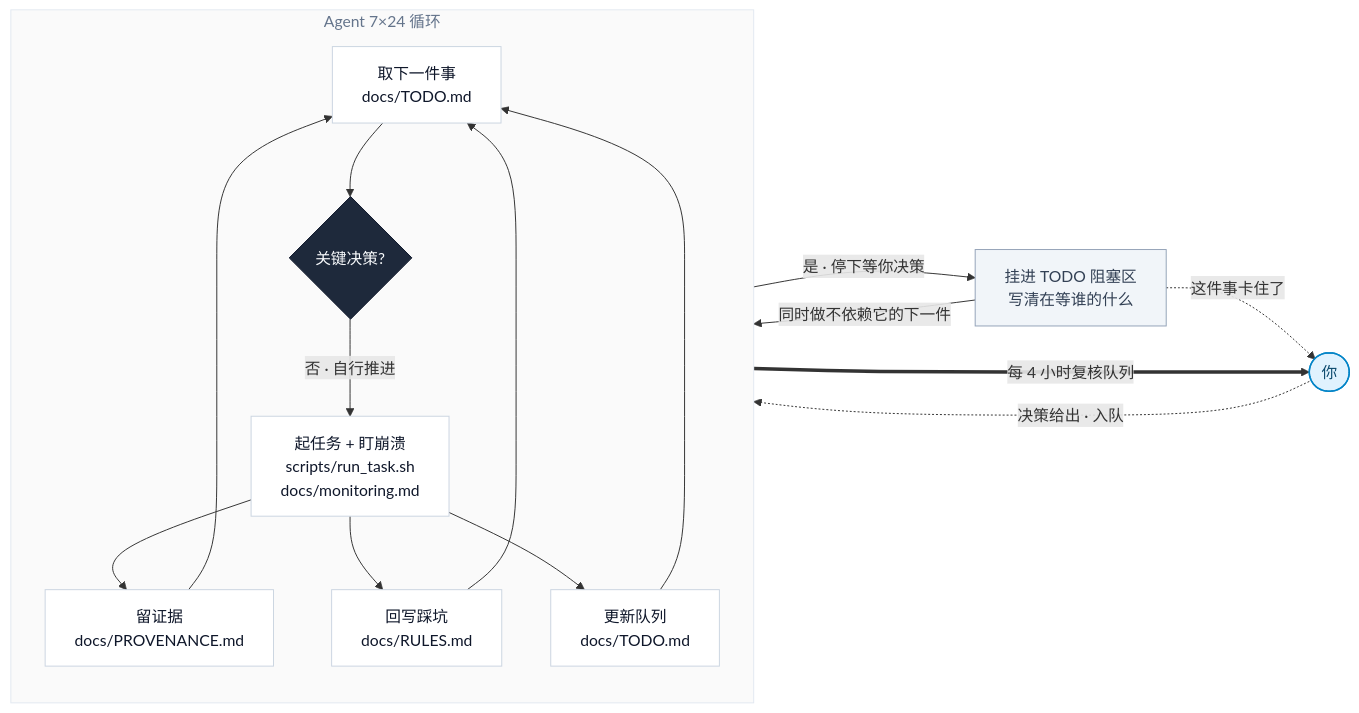
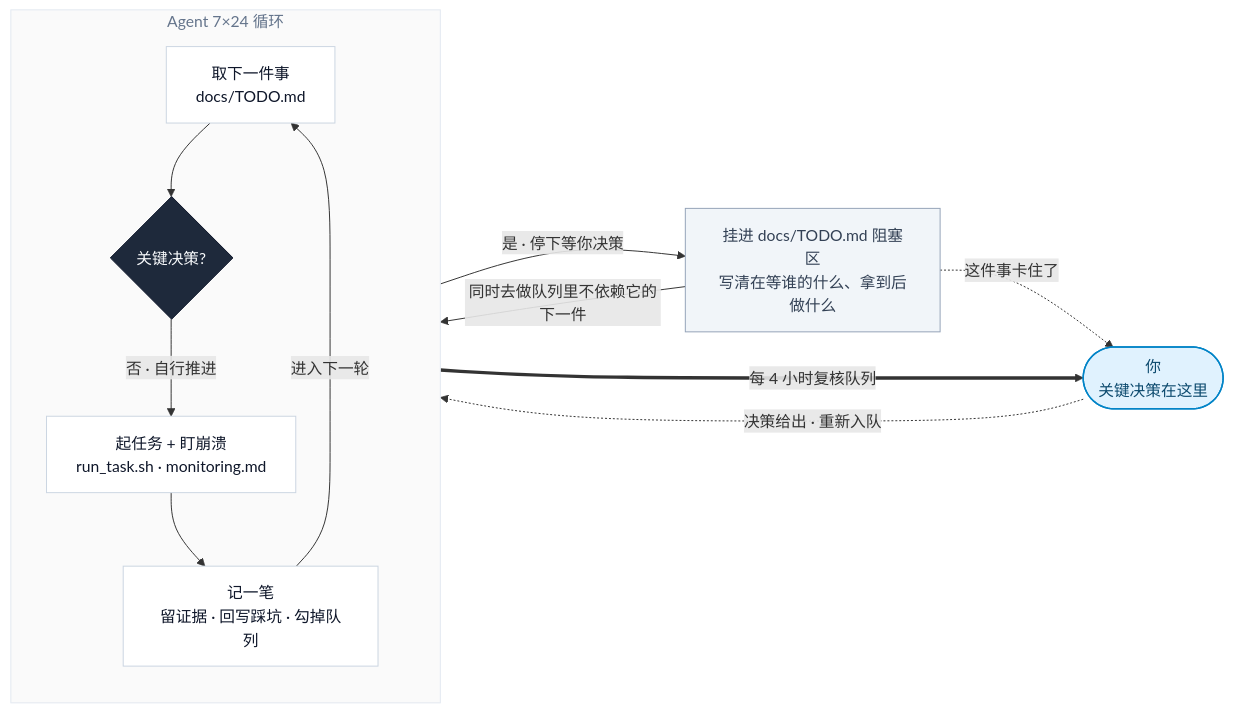
One commit to hashiruu/agent-experiment changed the diagram in README.md. Above: the diagram before and after it, drawn with Mermaid. The commit also changed 1 other file, not shown here.

Commit message:
Make the loop read as a loop, keep the human side close

````diff
--- a/README.md
+++ b/README.md
@@ -23,35 +23,29 @@
 ```mermaid
 flowchart LR
     subgraph LOOP["Agent 7×24 循环"]
         direction TB
         T1["取下一件事<br/>docs/TODO.md"]
         D{"关键决策?"}
-        T2["起任务 + 盯崩溃<br/>scripts/run_task.sh<br/>docs/monitoring.md"]
-        PV["留证据<br/>docs/PROVENANCE.md"]
-        RL["回写踩坑<br/>docs/RULES.md"]
-        TD["更新队列<br/>docs/TODO.md"]
+        T2["起任务 + 盯崩溃<br/>run_task.sh · monitoring.md"]
+        T3["记一笔<br/>留证据 · 回写踩坑 · 勾掉队列"]
         T1 --> D
         D -->|"否 · 自行推进"| T2
-        T2 --> PV
-        T2 --> RL
-        T2 --> TD
-        PV --> T1
-        RL --> T1
-        TD --> T1
+        T2 --> T3
+        T3 -->|"进入下一轮"| T1
     end
-    D -->|"是 · 停下等你决策"| W["挂进 TODO 阻塞区<br/>写清在等谁的什么"]
-    W -->|"同时做不依赖它的下一件"| T1
+    D -->|"是 · 停下等你决策"| W["挂进 docs/TODO.md 阻塞区<br/>写清在等谁的什么、拿到后做什么"]
+    W -->|"同时去做队列里不依赖它的下一件"| T1
     W -.->|"这件事卡住了"| HU
-    HU(["你"]) -.->|"决策给出 · 入队"| T1
-    TD ==>|"每 4 小时复核队列"| HU
+    T3 ==>|"每 4 小时复核队列"| HU
+    HU(["你<br/>关键决策在这里"]) -.->|"决策给出 · 重新入队"| T1
 
     classDef step fill:#FFFFFF,stroke:#CBD5E1,stroke-width:1px,color:#0F172A
     classDef gate fill:#1E293B,stroke:#0F172A,stroke-width:1px,color:#F8FAFC
     classDef side fill:#F1F5F9,stroke:#94A3B8,stroke-width:1px,color:#334155
     classDef human fill:#E0F2FE,stroke:#0284C7,stroke-width:1.5px,color:#0C4A6E
-    class T1,T2,PV,RL,TD step
+    class T1,T2,T3 step
     class D gate
     class W side
     class HU human
     style LOOP fill:#FAFAFA,stroke:#E2E8F0,color:#64748B
 ```
````
